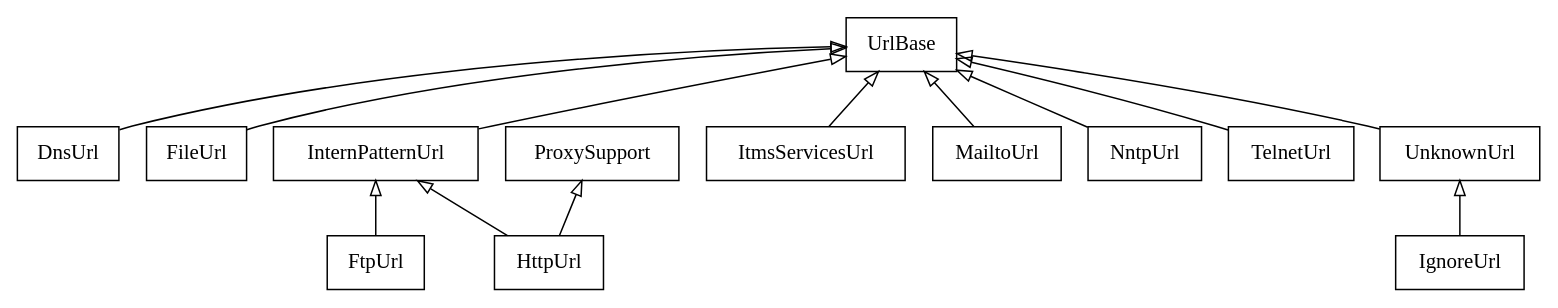
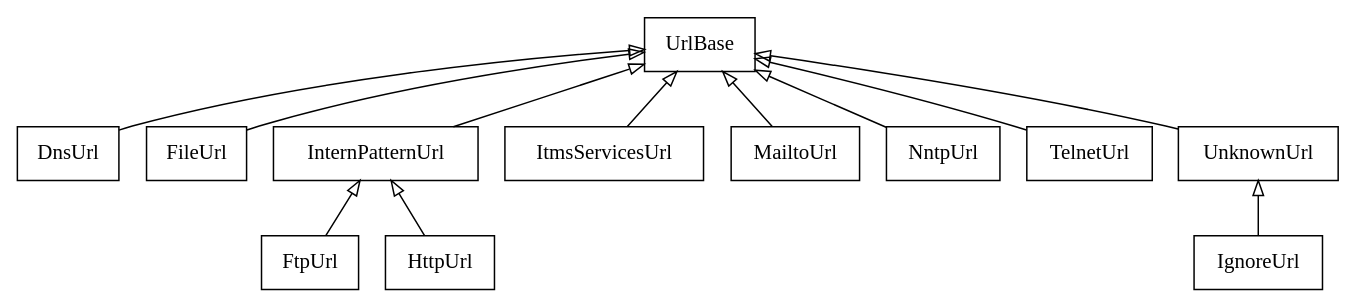
Before and after one commit to linkchecker/linkchecker: the diagram in doc/src/code/index.rst, drawn with Graphviz. The commit also changed 9 other files, not shown here.

First line of the commit message:
Remove linkcheck.checker.proxysupport

```diff
--- a/doc/src/code/index.rst
+++ b/doc/src/code/index.rst
@@ -32,32 +32,30 @@
 .. graphviz::
    :alt: linkcheck.checker classes
 
    digraph "linkcheck.checker classes" {
    charset="utf-8"
    rankdir=BT
    "1" [label="DnsUrl", shape="record", href="../code/linkcheck/linkcheck.checker.dnsurl.html", target="_blank"];
    "2" [label="FileUrl", shape="record", href="../code/linkcheck/linkcheck.checker.fileurl.html", target="_blank"];
    "3" [label="FtpUrl", shape="record", href="../code/linkcheck/linkcheck.checker.ftpurl.html", target="_blank"];
    "4" [label="HttpUrl", shape="record", href="../code/linkcheck/linkcheck.checker.httpurl.html", target="_blank"];
    "5" [label="IgnoreUrl", shape="record", href="../code/linkcheck/linkcheck.checker.ignoreurl.html", target="_blank"];
    "6" [label="InternPatternUrl", shape="record", href="../code/linkcheck/linkcheck.checker.internpaturl.html", target="_blank"];
    "7" [label="ItmsServicesUrl", shape="record", href="../code/linkcheck/linkcheck.checker.itmsservicesurl.html", target="_blank"];
    "8" [label="MailtoUrl", shape="record", href="../code/linkcheck/linkcheck.checker.mailtourl.html", target="_blank"];
    "9" [label="NntpUrl", shape="record", href="../code/linkcheck/linkcheck.checker.nntpurl.html", target="_blank"];
-   "10" [label="ProxySupport", shape="record", href="../code/linkcheck/linkcheck.checker.proxysupport.html", target="_blank"];
-   "11" [label="TelnetUrl", shape="record", href="../code/linkcheck/linkcheck.checker.telneturl.html", target="_blank"];
-   "12" [label="UnknownUrl", shape="record", href="../code/linkcheck/linkcheck.checker.unknownurl.html", target="_blank"];
-   "13" [label="UrlBase", shape="record", href="../code/linkcheck/linkcheck.checker.urlbase.html", target="_blank"];
-   "1" -> "13" [arrowhead="empty", arrowtail="none"];
-   "2" -> "13" [arrowhead="empty", arrowtail="none"];
+   "10" [label="TelnetUrl", shape="record", href="../code/linkcheck/linkcheck.checker.telneturl.html", target="_blank"];
+   "11" [label="UnknownUrl", shape="record", href="../code/linkcheck/linkcheck.checker.unknownurl.html", target="_blank"];
+   "12" [label="UrlBase", shape="record", href="../code/linkcheck/linkcheck.checker.urlbase.html", target="_blank"];
+   "1" -> "12" [arrowhead="empty", arrowtail="none"];
+   "2" -> "12" [arrowhead="empty", arrowtail="none"];
    "3" -> "6" [arrowhead="empty", arrowtail="none"];
    "4" -> "6" [arrowhead="empty", arrowtail="none"];
-   "4" -> "10" [arrowhead="empty", arrowtail="none"];
-   "5" -> "12" [arrowhead="empty", arrowtail="none"];
-   "6" -> "13" [arrowhead="empty", arrowtail="none"];
-   "7" -> "13" [arrowhead="empty", arrowtail="none"];
-   "8" -> "13" [arrowhead="empty", arrowtail="none"];
-   "9" -> "13" [arrowhead="empty", arrowtail="none"];
-   "11" -> "13" [arrowhead="empty", arrowtail="none"];
-   "12" -> "13" [arrowhead="empty", arrowtail="none"];
+   "5" -> "11" [arrowhead="empty", arrowtail="none"];
+   "6" -> "12" [arrowhead="empty", arrowtail="none"];
+   "7" -> "12" [arrowhead="empty", arrowtail="none"];
+   "8" -> "12" [arrowhead="empty", arrowtail="none"];
+   "9" -> "12" [arrowhead="empty", arrowtail="none"];
+   "10" -> "12" [arrowhead="empty", arrowtail="none"];
+   "11" -> "12" [arrowhead="empty", arrowtail="none"];
    }
```
